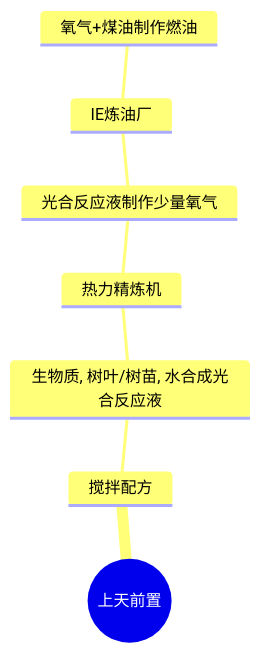
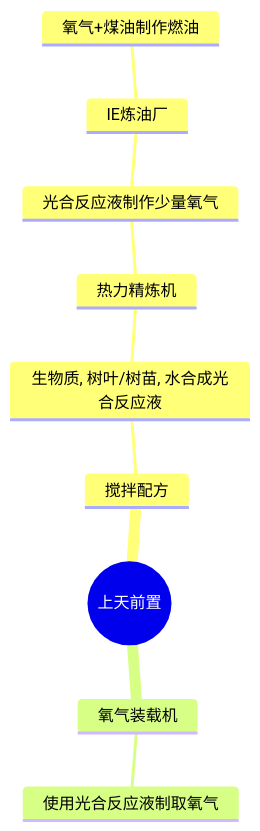
One commit to VechniMetel/CodeNameCIM2 changed the first of 5 diagrams in Developer/TechTreeMap.md. Above: the diagram before and after it, drawn with Mermaid. The commit also changed other lines of this file and 4 other files, not shown here.

````diff
--- a/Developer/TechTreeMap.md
+++ b/Developer/TechTreeMap.md
@@ -2,10 +2,12 @@
 ``` mermaid
 mindmap
     root((上天前置))
         搅拌配方
             生物质, 树叶/树苗, 水合成光合反应液
                 热力精炼机
                     光合反应液制作少量氧气
                         IE炼油厂
                             氧气+煤油制作燃油
+        氧气装载机
+            使用光合反应液制取氧气
 ```
````
